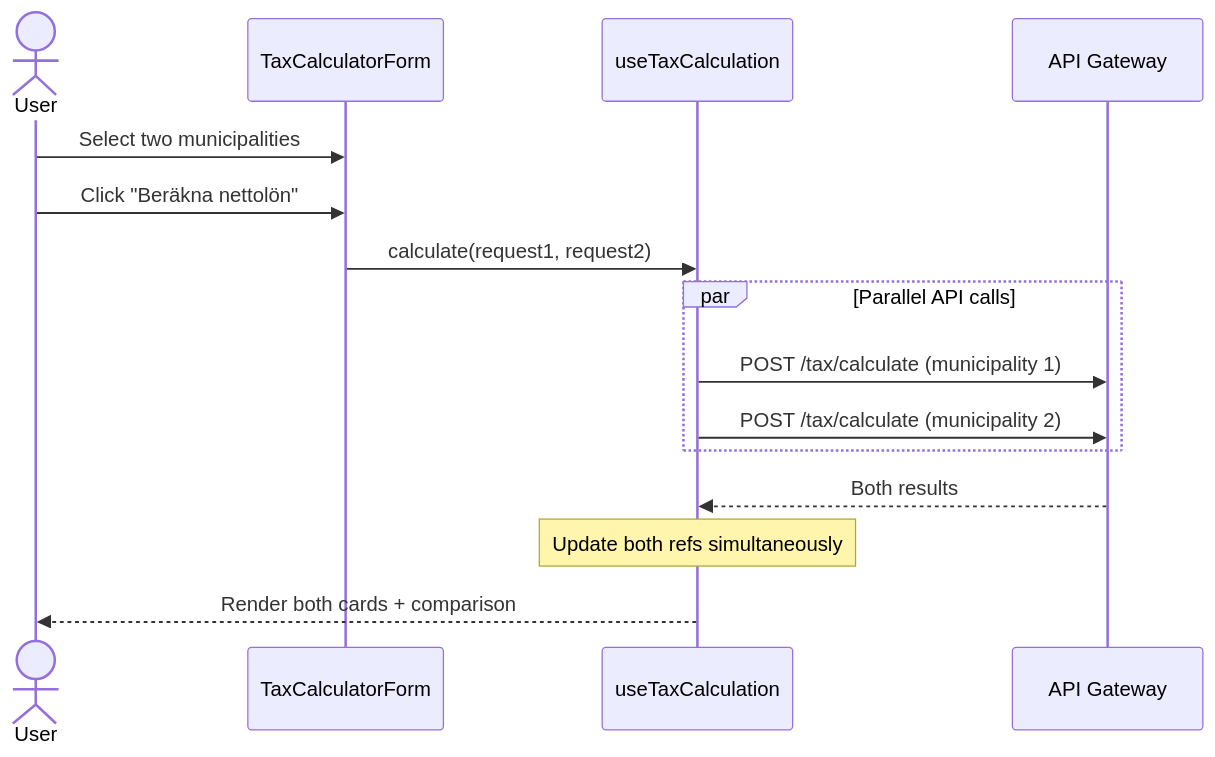
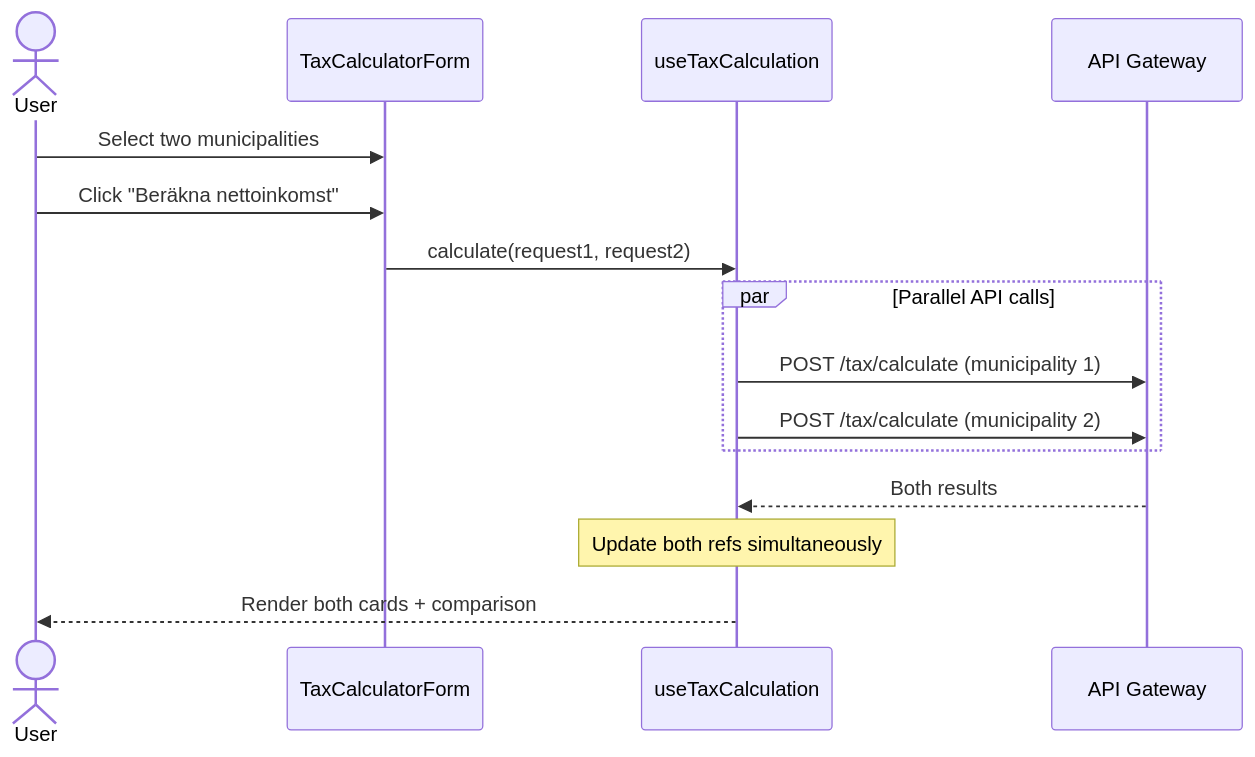
Before and after one commit to CarlssonOscar/netto-vue-frontend: the fourth of 6 diagrams in docs/system-overview.md, drawn with Mermaid. The commit also changed other lines of this file and 6 other files, not shown here.

````diff
--- a/docs/system-overview.md
+++ b/docs/system-overview.md
@@ -195,20 +195,20 @@
 ```mermaid
 sequenceDiagram
     actor User
     participant Form as TaxCalculatorForm
     participant Composable as useTaxCalculation
     participant API as API Gateway
     
     User->>Form: Select two municipalities
-    User->>Form: Click "Beräkna nettolön"
+    User->>Form: Click "Beräkna nettoinkomst"
     Form->>Composable: calculate(request1, request2)
     
     par Parallel API calls
         Composable->>API: POST /tax/calculate (municipality 1)
         Composable->>API: POST /tax/calculate (municipality 2)
     end
     
     API-->>Composable: Both results
     Note over Composable: Update both refs simultaneously
     Composable-->>User: Render both cards + comparison
 ```
````
